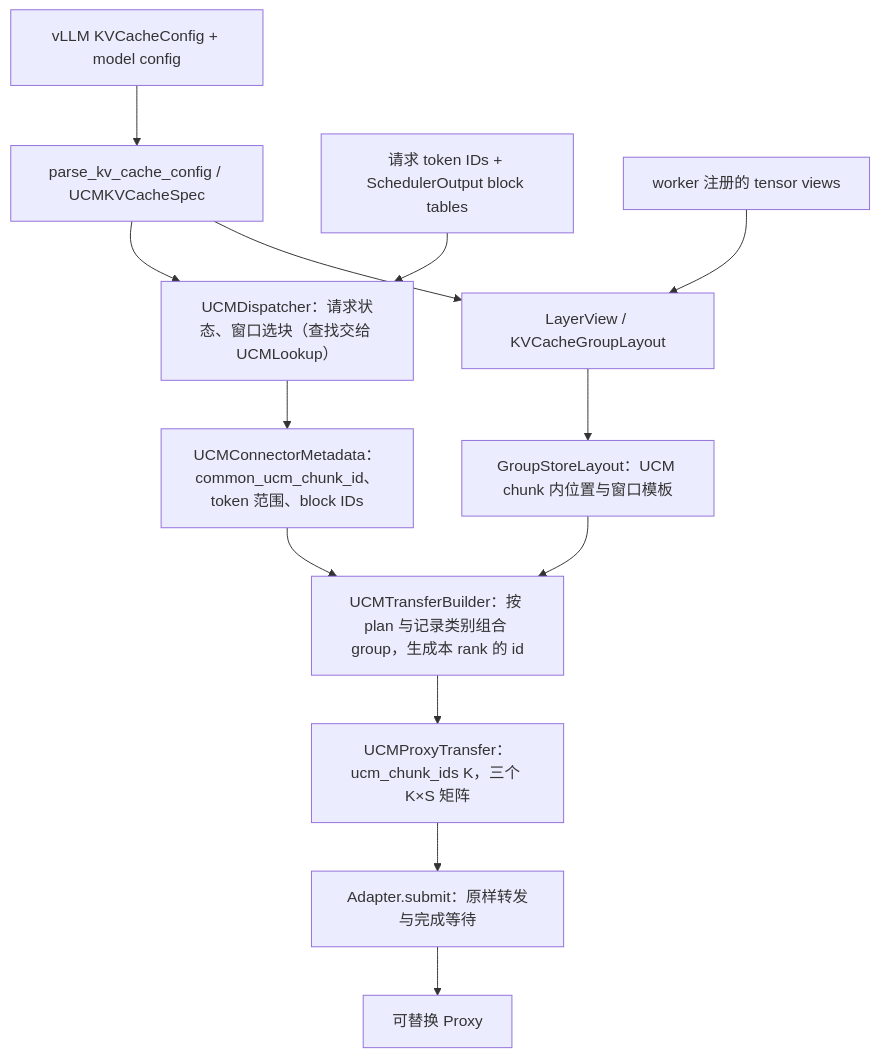
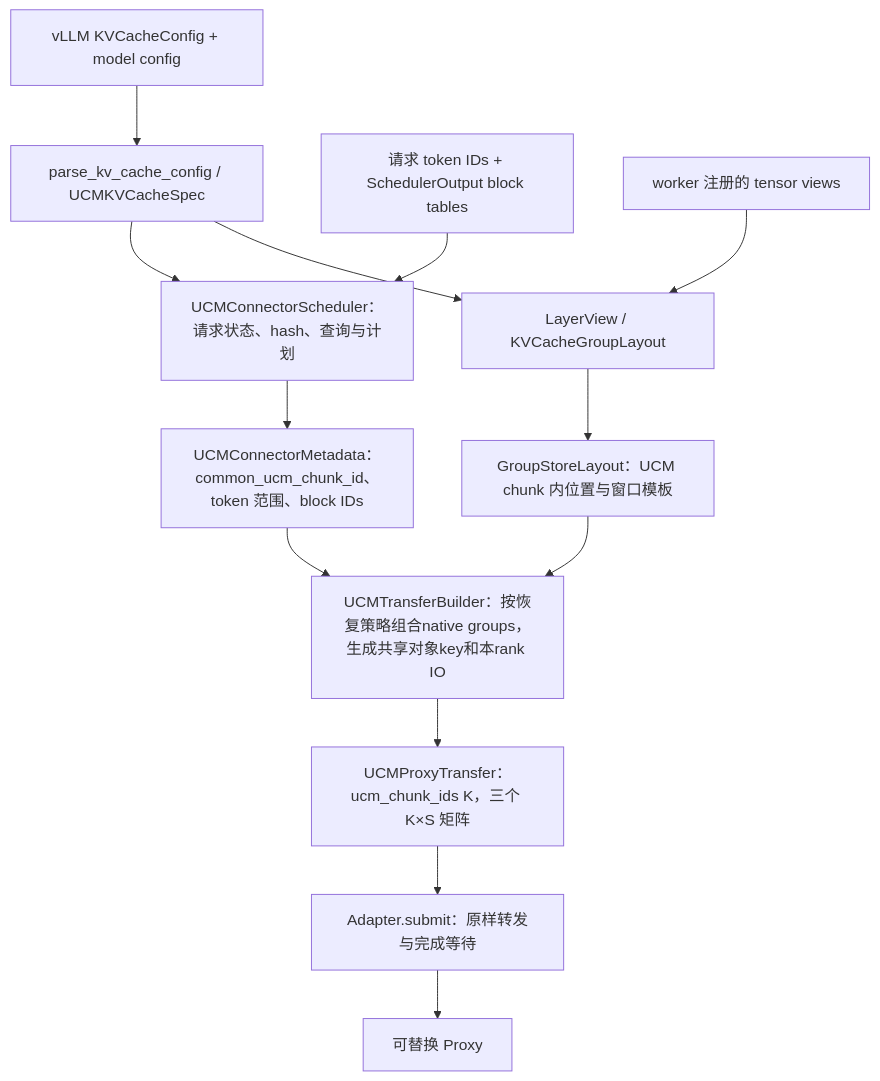
One commit to ModelEngine-Group/unified-cache-management changed the diagram in docs/connector-v2-detailed-design.md. Above: the diagram before and after it, drawn with Mermaid. The commit also changed other lines of this file and 37 other files, not shown here.

````diff
--- a/docs/connector-v2-detailed-design.md
+++ b/docs/connector-v2-detailed-design.md
@@ -28,15 +28,15 @@
 ```mermaid
 flowchart TD
     Config["vLLM KVCacheConfig + model config"] --> Spec["parse_kv_cache_config / UCMKVCacheSpec"]
-    Spec --> Scheduler["UCMDispatcher：请求状态、窗口选块（查找交给 UCMLookup）"]
+    Spec --> Scheduler["UCMConnectorScheduler：请求状态、hash、查询与计划"]
     Request["请求 token IDs + SchedulerOutput block tables"] --> Scheduler
     Scheduler --> Meta["UCMConnectorMetadata：common_ucm_chunk_id、token 范围、block IDs"]
     Views["worker 注册的 tensor views"] --> Physical["LayerView / KVCacheGroupLayout"]
     Spec --> Physical
     Physical --> Record["GroupStoreLayout：UCM chunk 内位置与窗口模板"]
-    Meta --> Builder["UCMTransferBuilder：按 plan 与记录类别组合 group，生成本 rank 的 id"]
+    Meta --> Builder["UCMTransferBuilder：按恢复策略组合native groups，生成共享对象key和本rank IO"]
     Record --> Builder
     Builder --> Transfer["UCMProxyTransfer：ucm_chunk_ids K，三个 K×S 矩阵"]
     Transfer --> Adapter["Adapter.submit：原样转发与完成等待"]
     Adapter --> Proxy["可替换 Proxy"]
 ```
````
